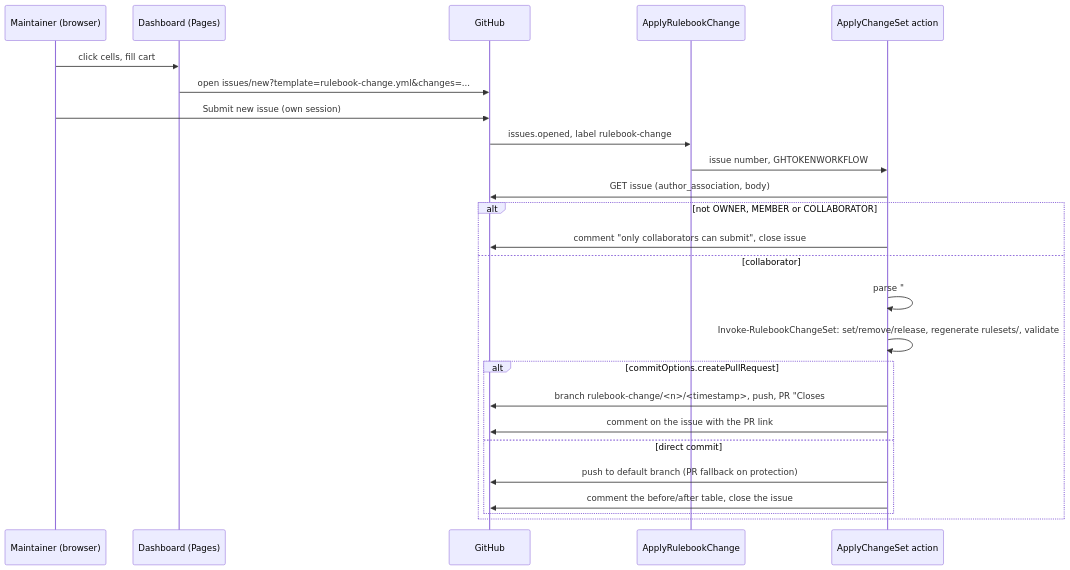
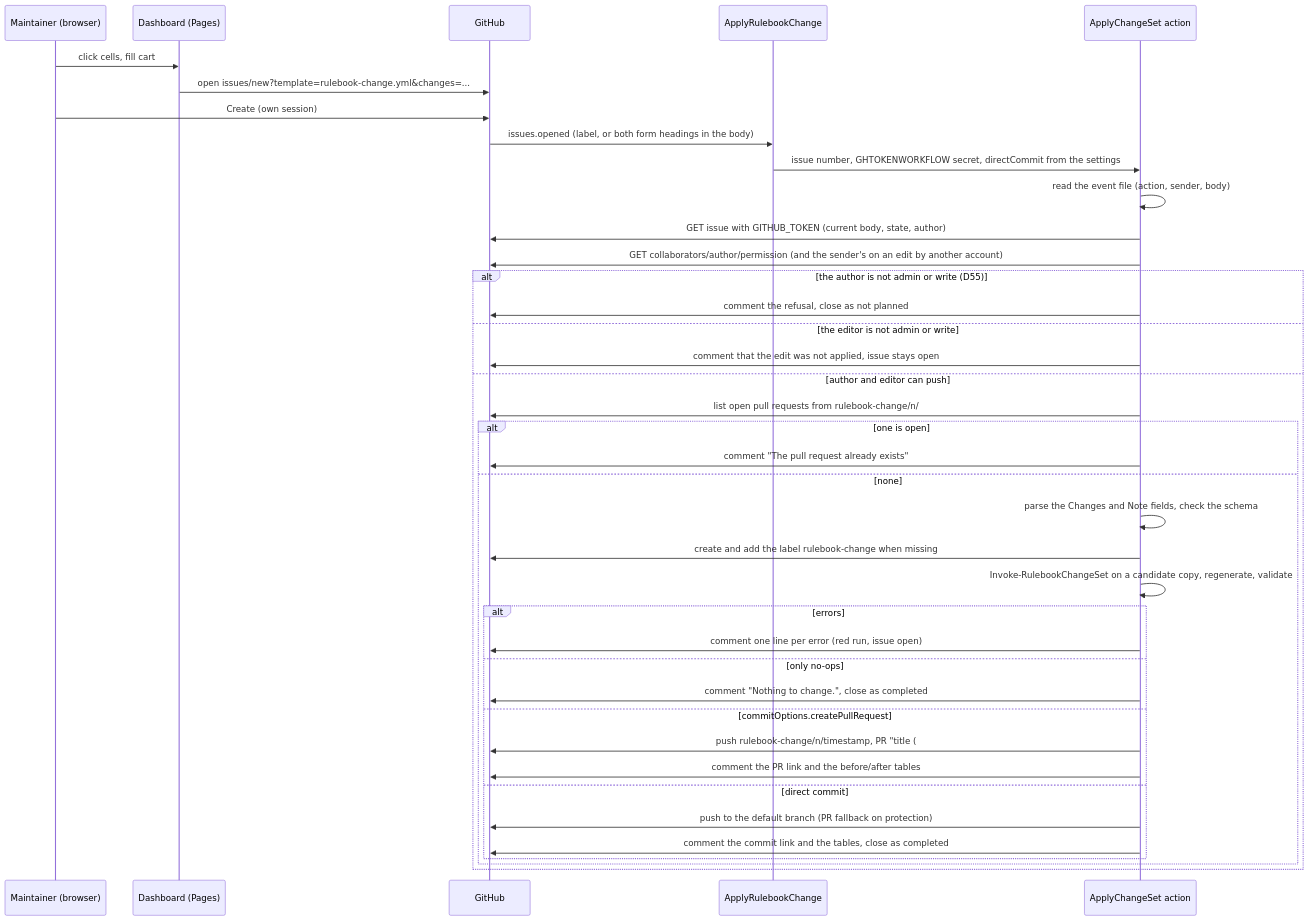
Before and after one commit to ALCops/rulebook-engine: the diagram in docs/dashboard.md, drawn with Mermaid. The commit also changed other lines of this file and 19 other files, not shown here.

First line of the commit message:
Apply change set: the ApplyChangeSet action and the Apply Rulebook Change workflow apply a change set submitted through the issue form (D55) (#117)

````diff
--- a/docs/dashboard.md
+++ b/docs/dashboard.md
@@ -341,27 +382,41 @@
 ```mermaid
 sequenceDiagram
     participant U as Maintainer (browser)
     participant S as Dashboard (Pages)
     participant GH as GitHub
     participant WF as ApplyRulebookChange
     participant A as ApplyChangeSet action
     U->>S: click cells, fill cart
     S->>GH: open issues/new?template=rulebook-change.yml&changes=...
-    U->>GH: Submit new issue (own session)
-    GH->>WF: issues.opened, label rulebook-change
-    WF->>A: issue number, GHTOKENWORKFLOW
-    A->>GH: GET issue (author_association, body)
-    alt not OWNER, MEMBER or COLLABORATOR
-        A->>GH: comment "only collaborators can submit", close issue
-    else collaborator
-        A->>A: parse "### Changes" block, validate against schema, catalog, settings
-        A->>A: Invoke-RulebookChangeSet: set/remove/release, regenerate rulesets/, validate
-        alt commitOptions.createPullRequest
-            A->>GH: branch rulebook-change/<n>/<timestamp>, push, PR "Closes #<n>" with before/after table
-            A->>GH: comment on the issue with the PR link
-        else direct commit
-            A->>GH: push to default branch (PR fallback on protection)
-            A->>GH: comment the before/after table, close the issue
+    U->>GH: Create (own session)
+    GH->>WF: issues.opened (label, or both form headings in the body)
+    WF->>A: issue number, GHTOKENWORKFLOW secret, directCommit from the settings
+    A->>A: read the event file (action, sender, body)
+    A->>GH: GET issue with GITHUB_TOKEN (current body, state, author)
+    A->>GH: GET collaborators/author/permission (and the sender's on an edit by another account)
+    alt the author is not admin or write (D55)
+        A->>GH: comment the refusal, close as not planned
+    else the editor is not admin or write
+        A->>GH: comment that the edit was not applied, issue stays open
+    else author and editor can push
+        A->>GH: list open pull requests from rulebook-change/n/
+        alt one is open
+            A->>GH: comment "The pull request already exists"
+        else none
+            A->>A: parse the Changes and Note fields, check the schema
+            A->>GH: create and add the label rulebook-change when missing
+            A->>A: Invoke-RulebookChangeSet on a candidate copy, regenerate, validate
+            alt errors
+                A->>GH: comment one line per error (red run, issue open)
+            else only no-ops
+                A->>GH: comment "Nothing to change.", close as completed
+            else commitOptions.createPullRequest
+                A->>GH: push rulebook-change/n/timestamp, PR "title (#n)" ending in "Closes #n"
+                A->>GH: comment the PR link and the before/after tables
+            else direct commit
+                A->>GH: push to the default branch (PR fallback on protection)
+                A->>GH: comment the commit link and the tables, close as completed
+            end
         end
     end
 ```
````
